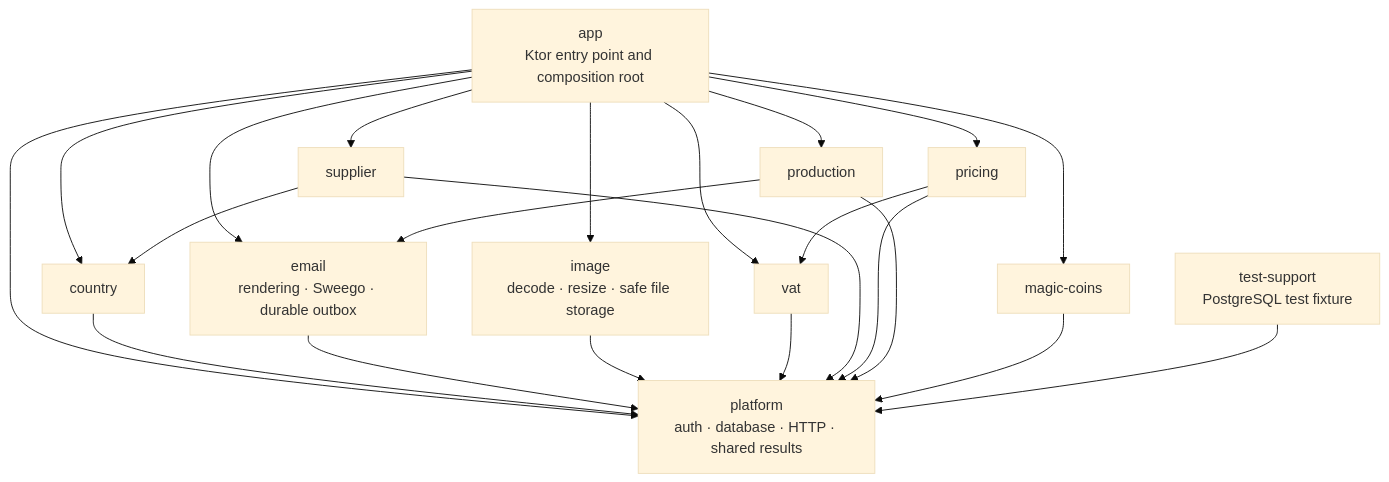
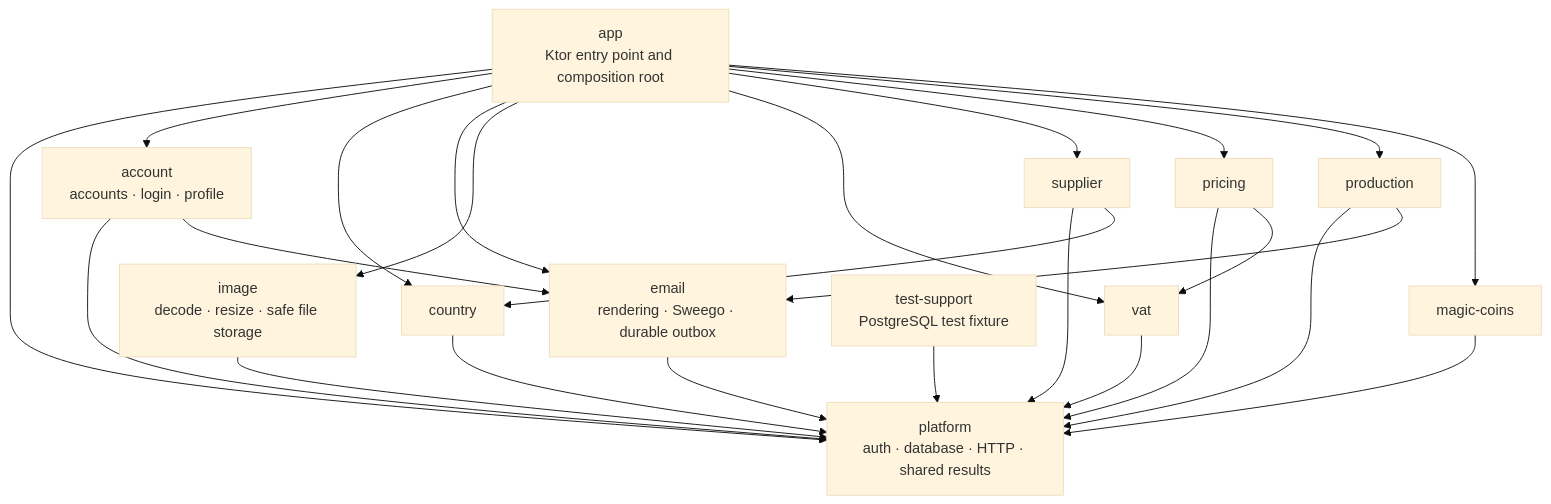
The diagram in docs/dev/backend/module-architecture.md (bitstorm-tech/voenix-shop-kotlin), drawn with Mermaid (base theme) before and after one commit. The commit also changed other lines of this file and 56 other files, not shown here.

First line of the commit message:
Add the account module: user accounts, auth flows, profile, and addresses

````diff
--- a/docs/dev/backend/module-architecture.md
+++ b/docs/dev/backend/module-architecture.md
@@ -34,36 +34,40 @@
 ```mermaid
 flowchart TD
     App["app<br/>Ktor entry point and composition root"]
     Platform["platform<br/>auth · database · HTTP · shared results"]
     Country["country"]
     Email["email<br/>rendering · Sweego · durable outbox"]
     Image["image<br/>decode · resize · safe file storage"]
     Vat["vat"]
     Supplier["supplier"]
     Pricing["pricing"]
     Production["production"]
     MagicCoins["magic-coins"]
+    Account["account<br/>accounts · login · profile"]
     TestSupport["test-support<br/>PostgreSQL test fixture"]
 
     App --> Platform
+    App --> Account
     App --> Country
     App --> Email
     App --> Image
     App --> Vat
     App --> Supplier
     App --> Pricing
     App --> Production
     App --> MagicCoins
     Country --> Platform
     Email --> Platform
     Image --> Platform
     Vat --> Platform
     Supplier --> Platform
     Supplier --> Country
     Pricing --> Platform
     Pricing --> Vat
     Production --> Platform
     Production --> Email
     MagicCoins --> Platform
+    Account --> Platform
+    Account --> Email
     TestSupport --> Platform
 ```
````
